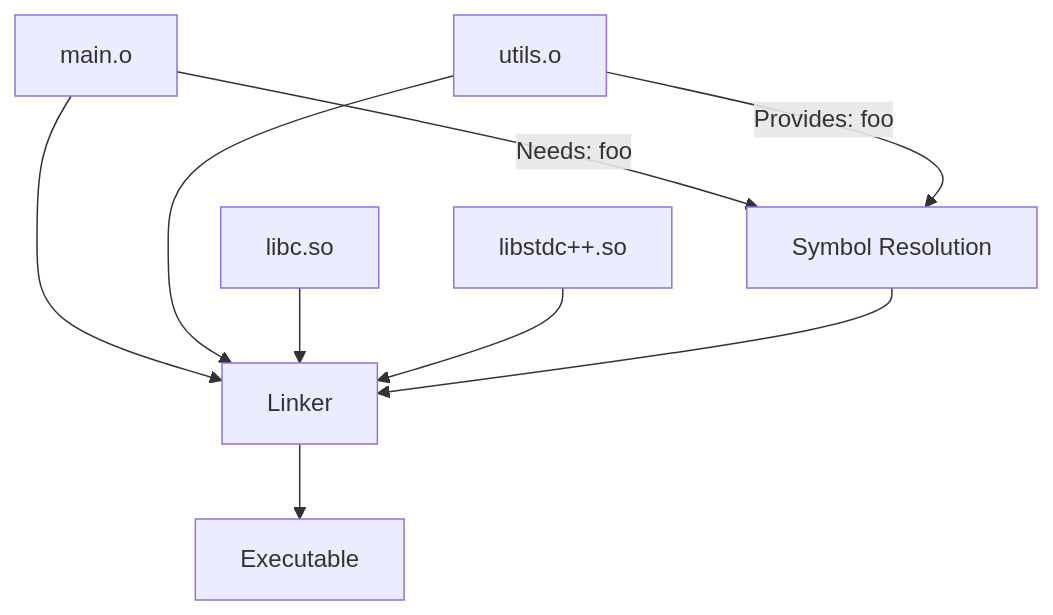
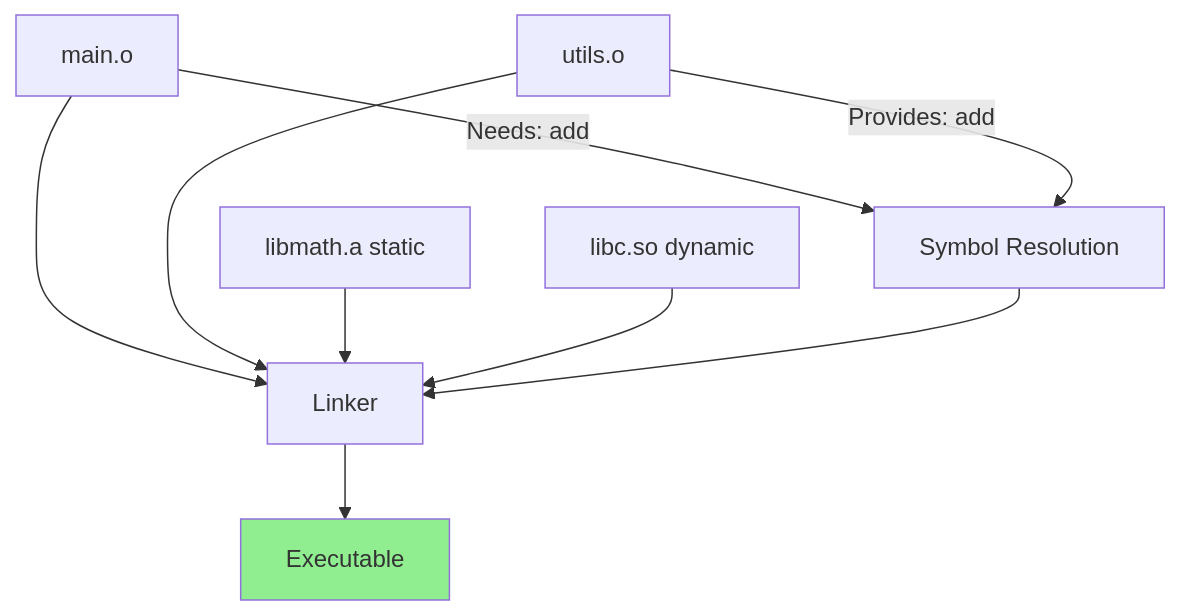
The diagram in docs/programming/cpp/01-toolchain-and-build/linking.md (AndriiSonsiadlo/knowledge-base), drawn with Mermaid before and after one commit. The commit also changed other lines of this file and 6 other files, not shown here.

````diff
--- a/docs/programming/cpp/01-toolchain-and-build/linking.md
+++ b/docs/programming/cpp/01-toolchain-and-build/linking.md
@@ -19,12 +19,14 @@
 ```mermaid
 graph TD
     A[main.o] --> E[Linker]
     B[utils.o] --> E
-    C[libc.so] --> E
-    D[libstdc++.so] --> E
+    C[libmath.a static] --> E
+    D[libc.so dynamic] --> E
     E --> F[Executable]
     
-    A -->|Needs: foo| G[Symbol Resolution]
-    B -->|Provides: foo| G
+    A -->|Needs: add| G[Symbol Resolution]
+    B -->|Provides: add| G
     G --> E
+    
+    style F fill:#90EE90
 ```
````
